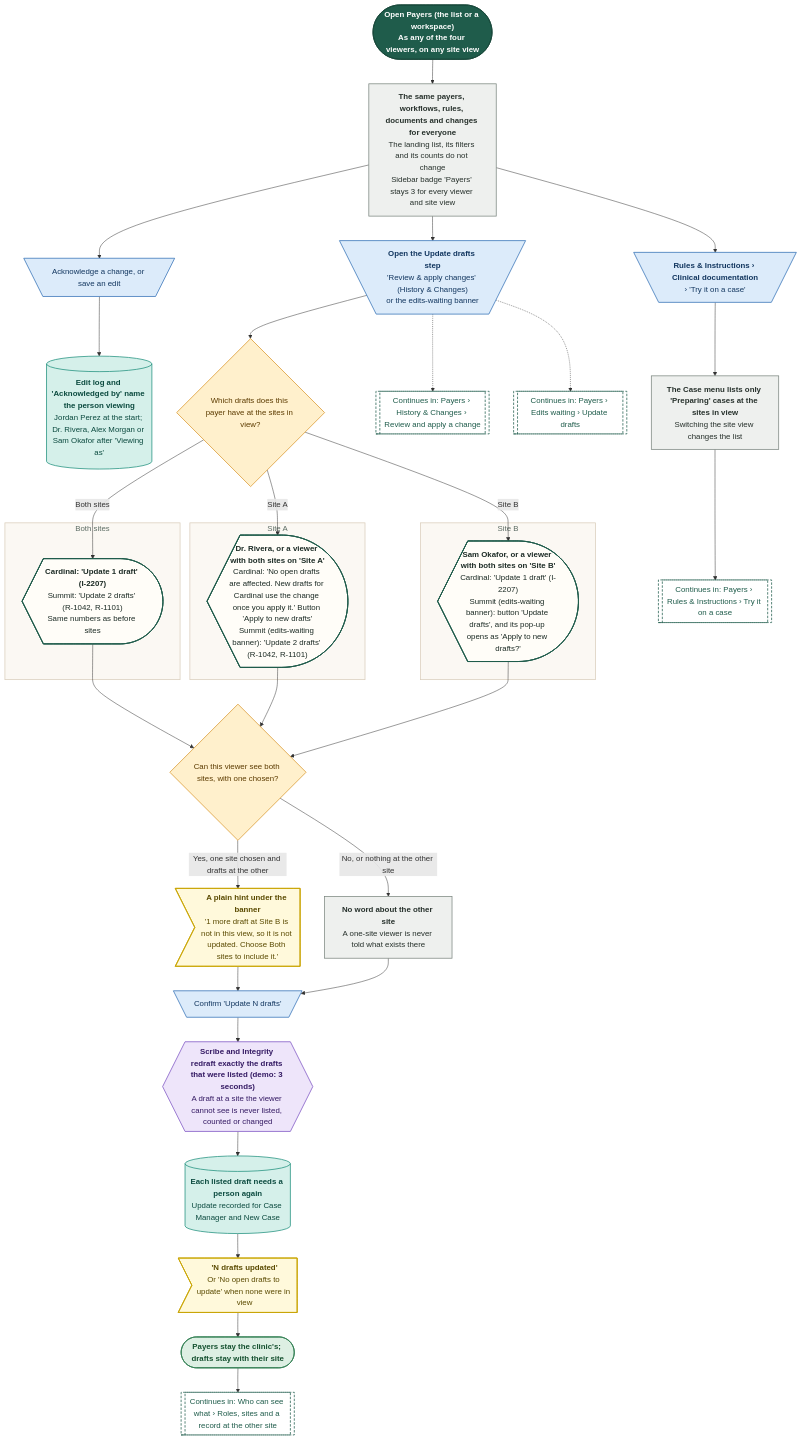
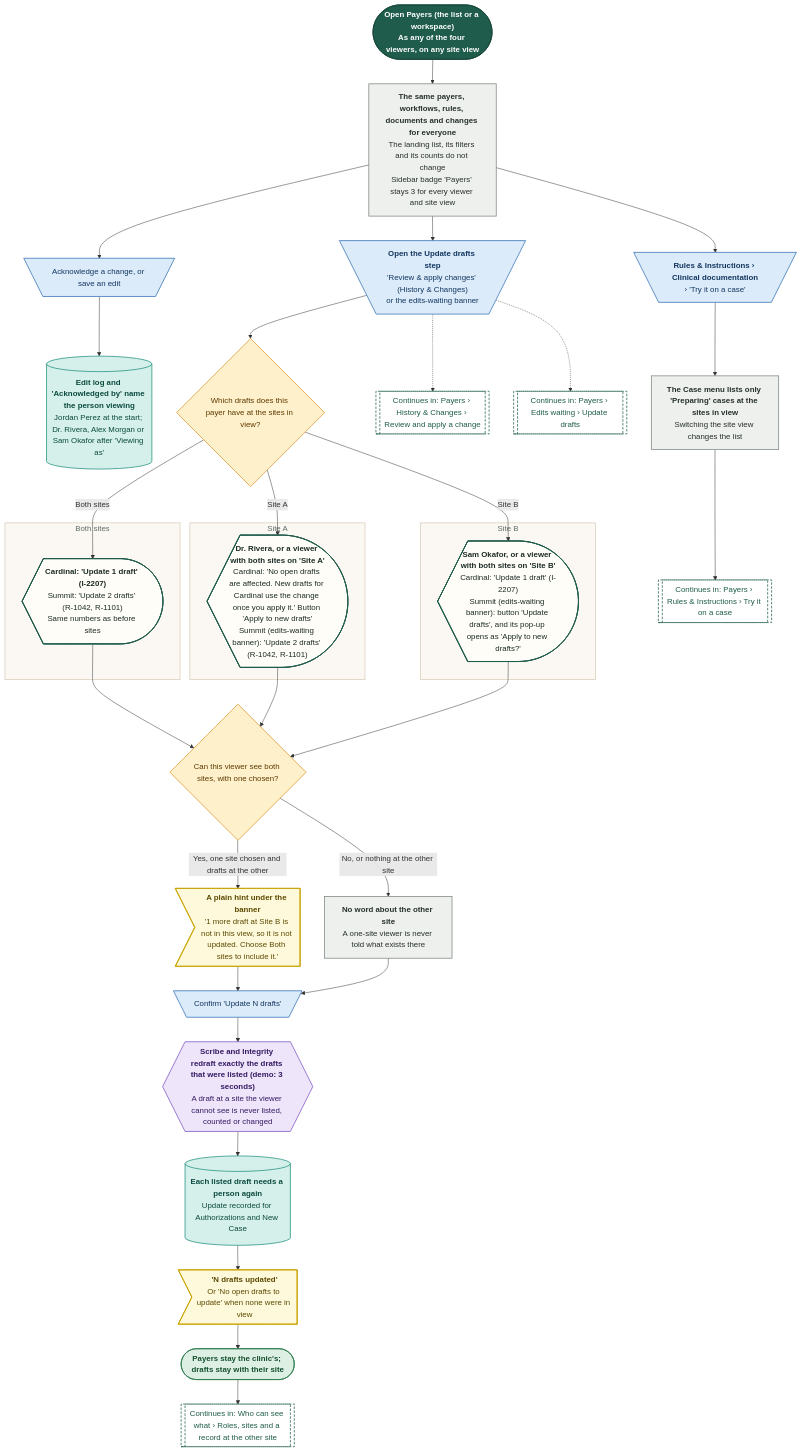
One commit to Shrav143/psyfloapp changed the diagram in demos/prior-auth-demo/workflows/out/mmd/10-payers/84-payers-sites-clinic-wide.mmd. Above: the diagram before and after it, drawn with Mermaid. The commit also changed 113 other files, not shown here.

First line of the commit message:
docs: workflow diagrams for the merged Authorizations (worklist, approved, reviews and tracked cases, sidebar arrow), every link retargeted, 336 diagrams

```diff
--- a/demos/prior-auth-demo/workflows/out/mmd/10-payers/84-payers-sites-clinic-wide.mmd
+++ b/demos/prior-auth-demo/workflows/out/mmd/10-payers/84-payers-sites-clinic-wide.mmd
@@ -1,73 +1,73 @@
 %%{init: {"theme":"base","themeVariables":{"fontFamily":"'DM Sans', 'Segoe UI', system-ui, sans-serif","fontSize":"15px","lineColor":"#5B6B63","primaryTextColor":"#1C2B25","clusterBkg":"#FBF8F3","clusterBorder":"#D9CDBB","edgeLabelBackground":"#FFFFFF"},"flowchart":{"curve":"basis","nodeSpacing":36,"rankSpacing":48,"padding":12,"htmlLabels":true,"useMaxWidth":false,"wrappingWidth":230}} }%%
 flowchart TD
   classDef k_start fill:#1F5C4B,stroke:#174638,color:#FFFFFF,stroke-width:1.5px,font-weight:600
   classDef k_end fill:#DDEFE3,stroke:#2E7D4F,color:#14502F,stroke-width:1.5px,font-weight:600
   classDef k_endx fill:#FBE3E0,stroke:#C0392B,color:#7A1F16,stroke-width:1.5px,font-weight:600
   classDef k_screen fill:#FFFDF8,stroke:#1F5C4B,color:#1C2B25,stroke-width:2px
   classDef k_overlay fill:#F1F7F3,stroke:#1F5C4B,color:#1C2B25,stroke-width:2px,stroke-dasharray:5 3
   classDef k_click fill:#DCEBFA,stroke:#2F6DB5,color:#12365F,stroke-width:1.5px
   classDef k_input fill:#E4E7FF,stroke:#4C5FD5,color:#1D2670,stroke-width:1.5px
   classDef k_process fill:#EEF0EE,stroke:#7A857F,color:#26302B,stroke-width:1.5px
   classDef k_agent fill:#EEE5FA,stroke:#7A4FC2,color:#341A63,stroke-width:1.5px
   classDef k_decision fill:#FFF0CC,stroke:#D9962B,color:#5C3B00,stroke-width:1.5px
   classDef k_store fill:#D5F0EA,stroke:#1C8E7B,color:#0B4A3F,stroke-width:1.5px
   classDef k_doc fill:#F6E9DC,stroke:#B07A4C,color:#4A2E14,stroke-width:1.5px
   classDef k_ext fill:#FFE6D2,stroke:#E07B39,color:#6B2F06,stroke-width:1.5px
   classDef k_wait fill:#E4E8EE,stroke:#6B7C93,color:#26303D,stroke-width:1.5px
   classDef k_toast fill:#FFF9DB,stroke:#C9A400,color:#5A4A00,stroke-width:1.5px
   classDef k_goto fill:#FFFFFF,stroke:#1F5C4B,color:#1F5C4B,stroke-width:1.5px,stroke-dasharray:5 3
   s1@{ shape: stadium, label: "<b>Open Payers (the list or a workspace)</b><br/>As any of the four viewers, on any site view" }
   p1@{ shape: rect, label: "<b>The same payers, workflows, rules, documents and changes for everyone</b><br/>The landing list, its filters and its counts do not change<br/>Sidebar badge 'Payers' stays 3 for every viewer and site view" }
   cAck@{ shape: trap-t, label: "Acknowledge a change, or save an edit" }
   lg@{ shape: cyl, label: "<b>Edit log and 'Acknowledged by' name the person viewing</b><br/>Jordan Perez at the start; Dr. Rivera, Alex Morgan or Sam Okafor after 'Viewing as'" }
   cUp@{ shape: trap-t, label: "<b>Open the Update drafts step</b><br/>'Review & apply changes' (History & Changes)<br/>or the edits-waiting banner" }
   d1@{ shape: diam, label: "Which drafts does this payer have at the sites in view?" }
   subgraph gAll ["Both sites"]
   a1@{ shape: curv-trap, label: "<b>Cardinal: 'Update 1 draft' (I-2207)</b><br/>Summit: 'Update 2 drafts' (R-1042, R-1101)<br/>Same numbers as before sites" }
   end
   subgraph gA ["Site A"]
   b1@{ shape: curv-trap, label: "<b>Dr. Rivera, or a viewer with both sites on 'Site A'</b><br/>Cardinal: 'No open drafts are affected. New drafts for Cardinal use the change once you apply it.' Button 'Apply to new drafts'<br/>Summit (edits-waiting banner): 'Update 2 drafts' (R-1042, R-1101)" }
   end
   subgraph gB ["Site B"]
   c1@{ shape: curv-trap, label: "<b>Sam Okafor, or a viewer with both sites on 'Site B'</b><br/>Cardinal: 'Update 1 draft' (I-2207)<br/>Summit (edits-waiting banner): button 'Update drafts', and its pop-up opens as 'Apply to new drafts?'" }
   end
   d2@{ shape: diam, label: "Can this viewer see both sites, with one chosen?" }
   hint@{ shape: odd, label: "<b>A plain hint under the banner</b><br/>'1 more draft at Site B is not in this view, so it is not updated. Choose Both sites to include it.'" }
   nohint@{ shape: rect, label: "<b>No word about the other site</b><br/>A one-site viewer is never told what exists there" }
   cConf@{ shape: trap-t, label: "Confirm 'Update N drafts'" }
   ag@{ shape: hex, label: "<b>Scribe and Integrity redraft exactly the drafts that were listed (demo: 3 seconds)</b><br/>A draft at a site the viewer cannot see is never listed, counted or changed" }
-  up@{ shape: cyl, label: "<b>Each listed draft needs a person again</b><br/>Update recorded for Case Manager and New Case" }
+  up@{ shape: cyl, label: "<b>Each listed draft needs a person again</b><br/>Update recorded for Authorizations and New Case" }
   t1@{ shape: odd, label: "<b>'N drafts updated'</b><br/>Or 'No open drafts to update' when none were in view" }
   cChk@{ shape: trap-t, label: "<b>Rules & Instructions › Clinical documentation</b><br/>› 'Try it on a case'" }
   chk@{ shape: rect, label: "<b>The Case menu lists only 'Preparing' cases at the sites in view</b><br/>Switching the site view changes the list" }
   g1@{ shape: subproc, label: "Continues in: Payers › History & Changes › Review and apply a change" }
   g2@{ shape: subproc, label: "Continues in: Payers › Edits waiting › Update drafts" }
   g3@{ shape: subproc, label: "Continues in: Payers › Rules & Instructions › Try it on a case" }
   g4@{ shape: subproc, label: "Continues in: Who can see what › Roles, sites and a record at the other site" }
   e1@{ shape: stadium, label: "Payers stay the clinic's; drafts stay with their site" }
   s1 --> p1 --> cAck --> lg
   p1 --> cUp --> d1
   d1 -->|"Both sites"| a1
   d1 -->|"Site A"| b1
   d1 -->|"Site B"| c1
   a1 & b1 & c1 --> d2
   d2 -->|"Yes, one site chosen and drafts at the other"| hint
   d2 -->|"No, or nothing at the other site"| nohint
   hint & nohint --> cConf --> ag --> up --> t1 --> e1
   p1 --> cChk --> chk --> g3
   cUp -.-> g1
   cUp -.-> g2
   e1 --> g4
   class s1 k_start
   class p1,nohint,chk k_process
   class cAck,cUp,cConf,cChk k_click
   class lg,up k_store
   class d1,d2 k_decision
   class a1,b1,c1 k_screen
   class hint,t1 k_toast
   class ag k_agent
   class g1,g2,g3,g4 k_goto
   class e1 k_end
   style gAll fill:#FBF8F3,stroke:#D9CDBB,stroke-width:1.5px,color:#5B6B63
   style gA fill:#FBF8F3,stroke:#D9CDBB,stroke-width:1.5px,color:#5B6B63
   style gB fill:#FBF8F3,stroke:#D9CDBB,stroke-width:1.5px,color:#5B6B63
```
